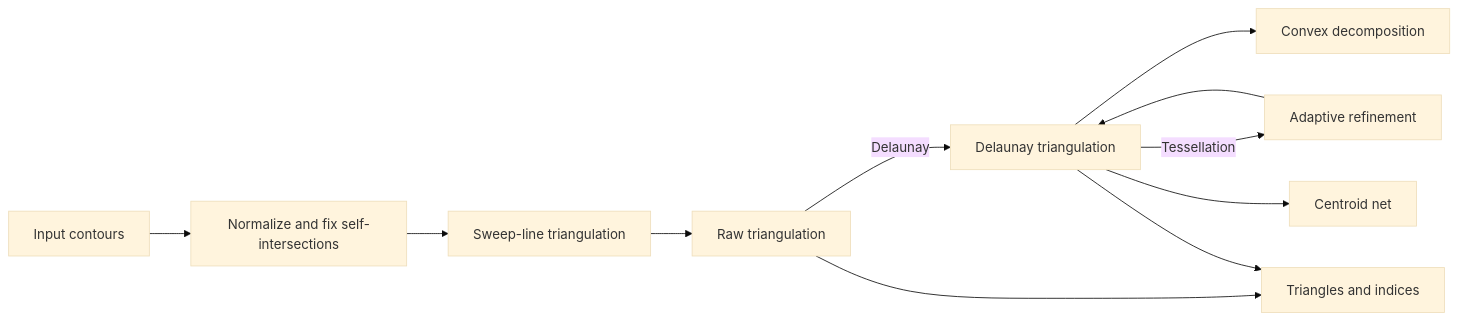
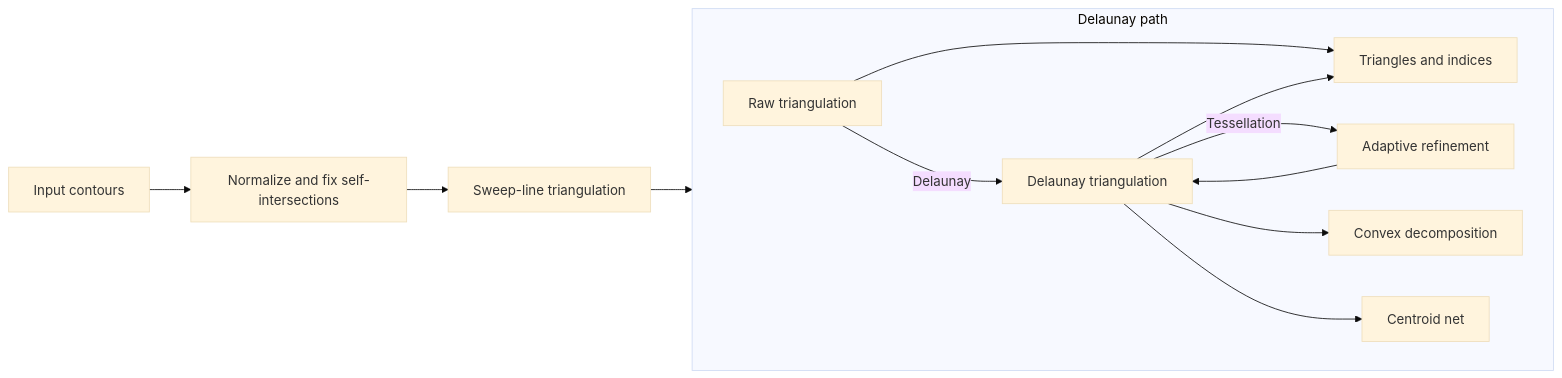
The diagram in iTriangle/README.md (iShape-Rust/iTriangle), drawn with Mermaid (base theme) before and after one commit.

Commit message:
update diagram

````diff
--- a/iTriangle/README.md
+++ b/iTriangle/README.md
@@ -49,13 +49,17 @@
 ```mermaid
 flowchart LR
     A[Input contours] --> B[Normalize and fix self-intersections]
     B --> C[Sweep-line triangulation]
     C --> D[Raw triangulation]
-    D -->|Delaunay| E[Delaunay triangulation]
     D --> I[Triangles and indices]
-    E -->|Tessellation| F[Adaptive refinement]
-    F --> E
-    E --> G[Convex decomposition]
-    E --> H[Centroid net]
-    E --> I
+
+    subgraph DelaunayPath[Delaunay path]
+        direction LR
+        D -->|Delaunay| E[Delaunay triangulation]
+        E -->|Tessellation| F[Adaptive refinement]
+        F --> E
+        E --> G[Convex decomposition]
+        E --> H[Centroid net]
+        E --> I
+    end
 ```
````
